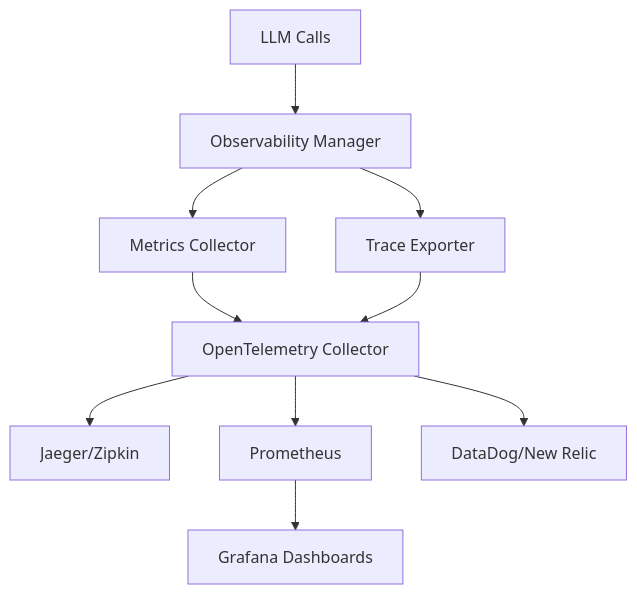
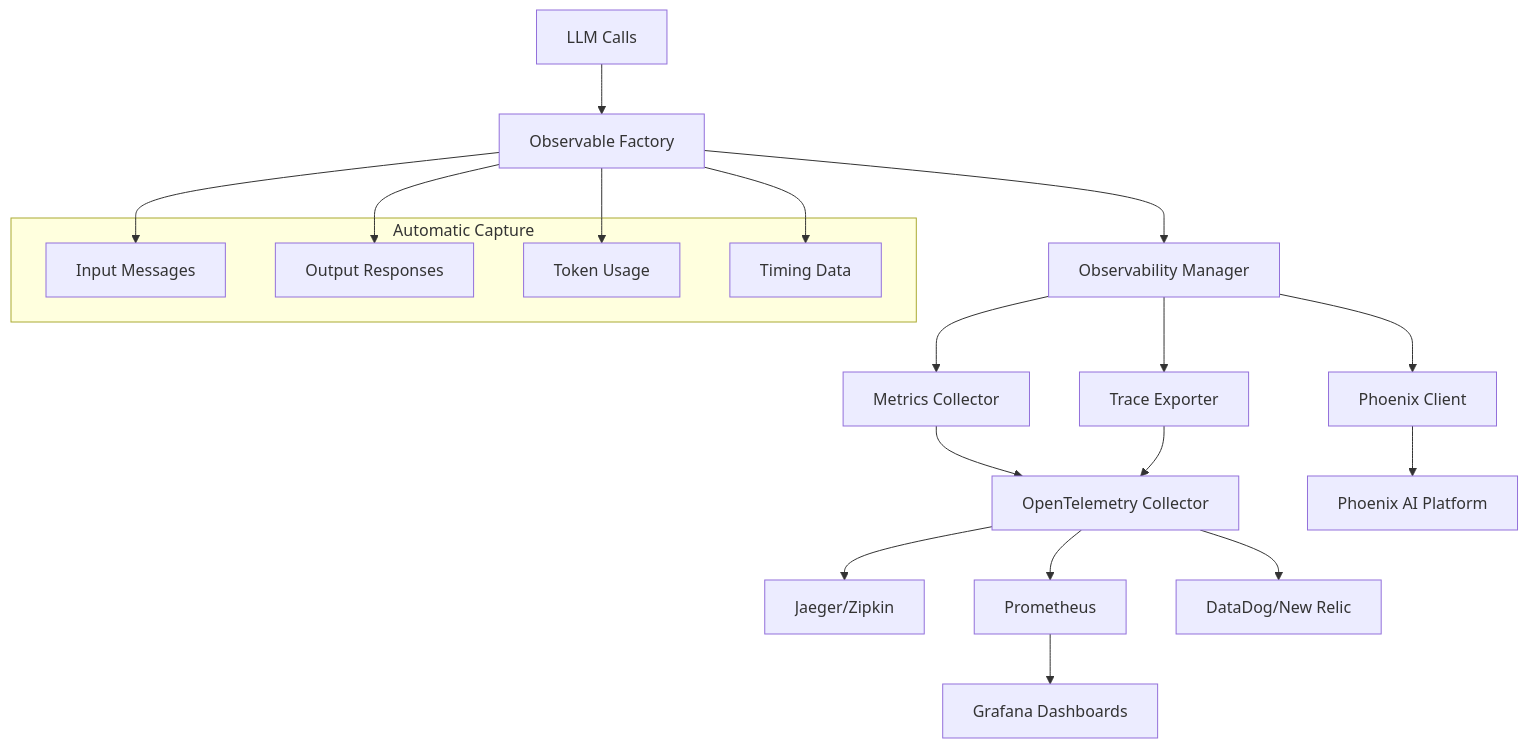
The third of 3 diagrams in README.md (nimunzn/arshai), drawn with Mermaid before and after one commit. The commit also changed other lines of this file and 10 other files, not shown here.

First line of the commit message:
feat: enhance observability system with Phoenix AI integration

````diff
--- a/README.md
+++ b/README.md
@@ -475,12 +479,27 @@
 ```mermaid
 graph TD
-    A[LLM Calls] --> B[Observability Manager]
-    B --> C[Metrics Collector]
-    B --> D[Trace Exporter]
-    C --> E[OpenTelemetry Collector]
-    D --> E
-    E --> F[Jaeger/Zipkin]
-    E --> G[Prometheus]
-    E --> H[DataDog/New Relic]
-    G --> I[Grafana Dashboards]
+    A[LLM Calls] --> B[Observable Factory]
+    B --> C[Observability Manager]
+    C --> D[Metrics Collector]
+    C --> E[Trace Exporter]
+    C --> F[Phoenix Client]
+    D --> G[OpenTelemetry Collector]
+    E --> G
+    F --> H[Phoenix AI Platform]
+    G --> I[Jaeger/Zipkin]
+    G --> J[Prometheus]
+    G --> K[DataDog/New Relic]
+    J --> L[Grafana Dashboards]
+    
+    subgraph "Automatic Capture"
+        M[Input Messages]
+        N[Output Responses]
+        O[Token Usage]
+        P[Timing Data]
+    end
+    
+    B --> M
+    B --> N
+    B --> O
+    B --> P
 ```
````
